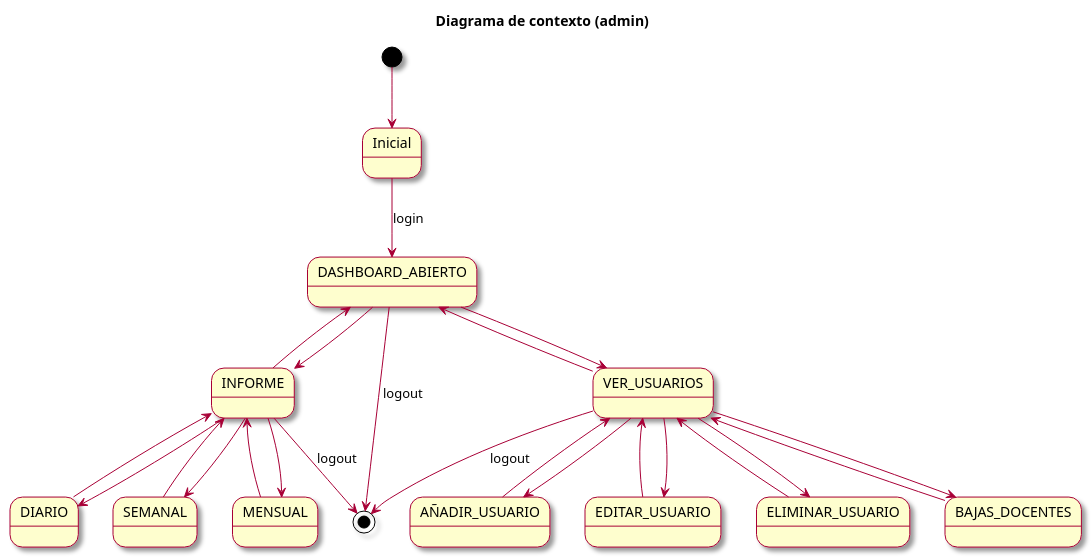
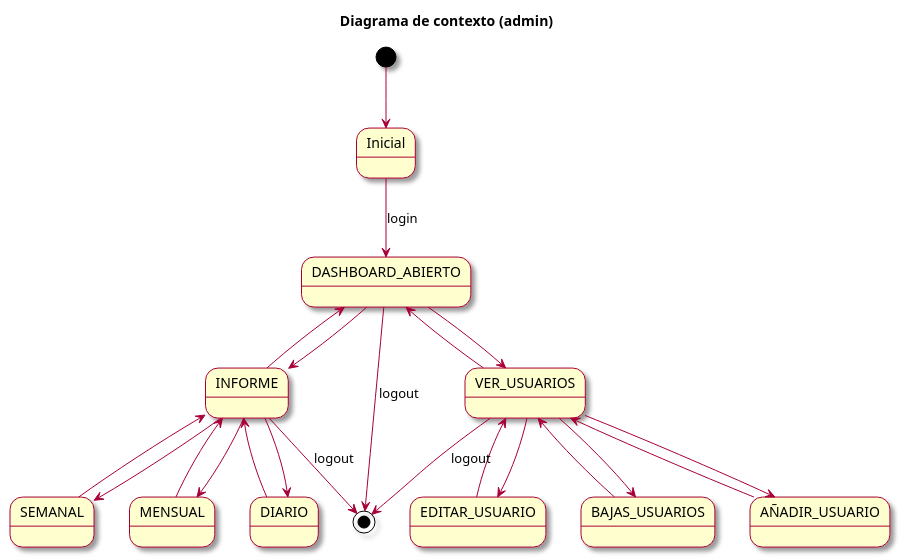
The diagram in modelosUML/casosDeUso/diagramaContexto(admin).puml (mmasias/23-24-IdSw1-SDR), drawn with PlantUML before and after one commit. The commit also changed 1 other file, not shown here.

Commit message:
Cambiar de eliminar a dar de baja

```diff
--- a/modelosUML/casosDeUso/diagramaContexto(admin).puml
+++ b/modelosUML/casosDeUso/diagramaContexto(admin).puml
@@ -1,40 +1,38 @@
 @startuml Diagrama Contexto (administrador)
 
 skin rose
 title Diagrama de contexto (admin)
 
 [*] -->  Inicial
 
 Inicial -d-> DASHBOARD_ABIERTO : login
 
 DASHBOARD_ABIERTO --> VER_USUARIOS
 DASHBOARD_ABIERTO <-- VER_USUARIOS
 
 VER_USUARIOS <-- AÑADIR_USUARIO
 VER_USUARIOS <-- EDITAR_USUARIO
-VER_USUARIOS <-- ELIMINAR_USUARIO
-VER_USUARIOS <-- BAJAS_DOCENTES
+VER_USUARIOS <-- BAJAS_USUARIOS
 
 VER_USUARIOS --> AÑADIR_USUARIO
 VER_USUARIOS --> EDITAR_USUARIO
-VER_USUARIOS --> ELIMINAR_USUARIO
-VER_USUARIOS --> BAJAS_DOCENTES
+VER_USUARIOS --> BAJAS_USUARIOS
 
 DASHBOARD_ABIERTO --> INFORME
 DASHBOARD_ABIERTO <-- INFORME
 
 INFORME --> DIARIO
 INFORME --> SEMANAL
 INFORME --> MENSUAL
 
 INFORME <-- DIARIO
 INFORME <-- SEMANAL
 INFORME <-- MENSUAL
 
 
 DASHBOARD_ABIERTO --> [*] : logout
 VER_USUARIOS --> [*] : logout
 INFORME --> [*] : logout
 
 
 @enduml
```
